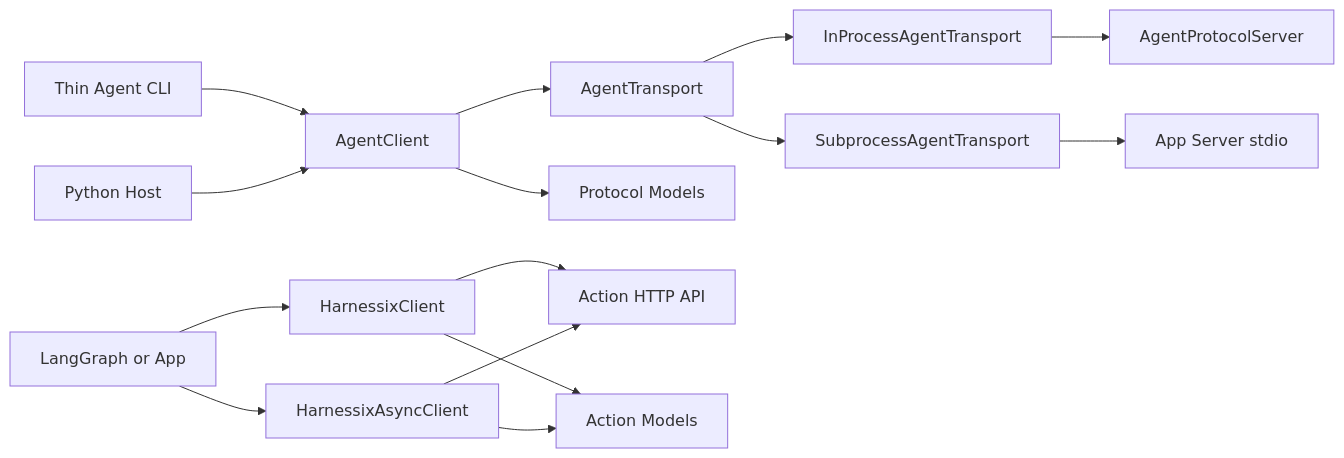
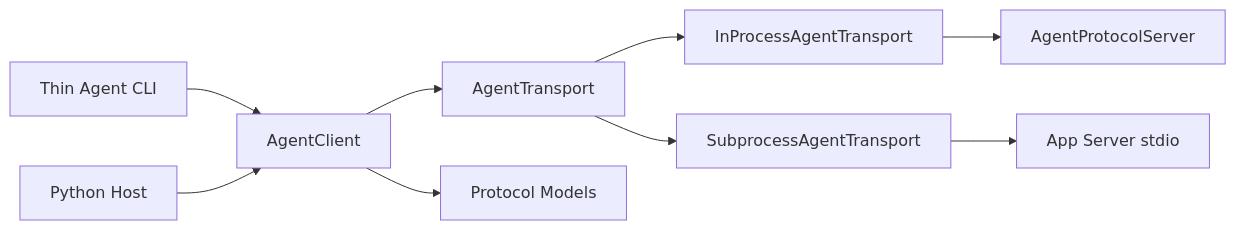
The first of 15 diagrams in docs/modules/sdk.md (carrie1988/Harnessix), drawn with Mermaid before and after one commit. The commit also changed other lines of this file and 82 other files, not shown here.

````diff
--- a/docs/modules/sdk.md
+++ b/docs/modules/sdk.md
@@ -125,18 +120,11 @@
 ```mermaid
 flowchart LR
     CLI["Thin Agent CLI"] --> Agent["AgentClient"]
     Host["Python Host"] --> Agent
     Agent --> Port["AgentTransport"]
     Port --> InProc["InProcessAgentTransport"]
     Port --> Sub["SubprocessAgentTransport"]
     InProc --> Server["AgentProtocolServer"]
     Sub --> Stdio["App Server stdio"]
     Agent --> Protocol["Protocol Models"]
-
-    Framework["LangGraph or App"] --> HttpSync["HarnessixClient"]
-    Framework --> HttpAsync["HarnessixAsyncClient"]
-    HttpSync --> API["Action HTTP API"]
-    HttpAsync --> API
-    HttpSync --> Domain["Action Models"]
-    HttpAsync --> Domain
 ```
````
